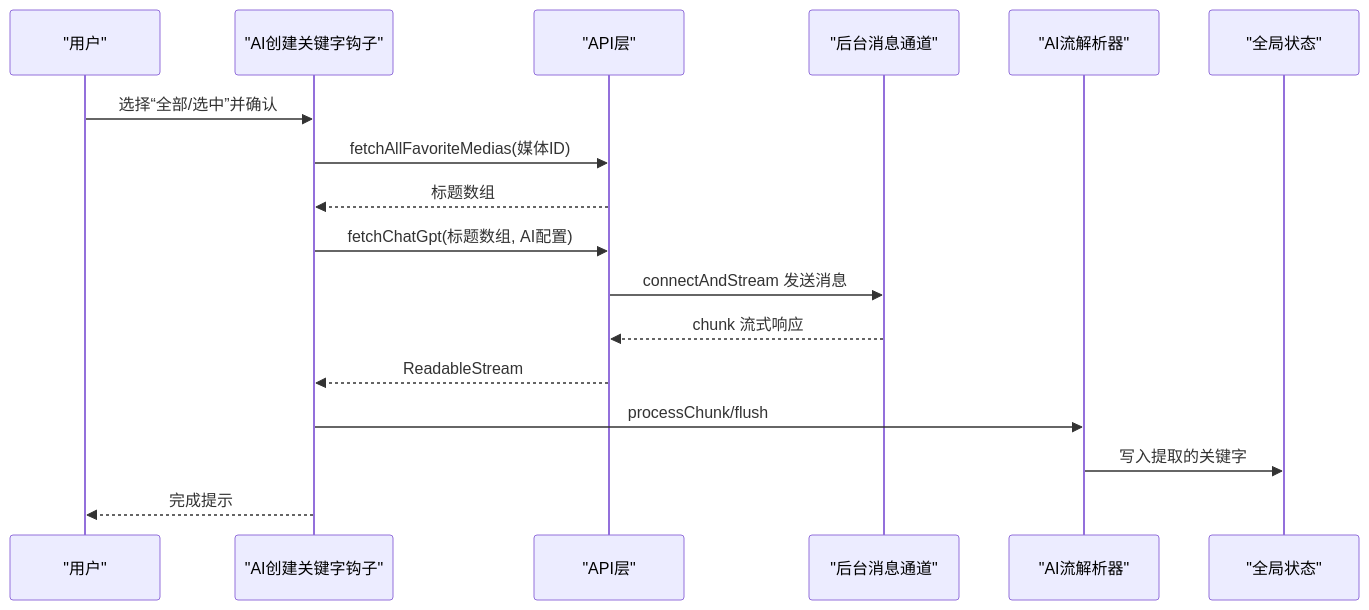
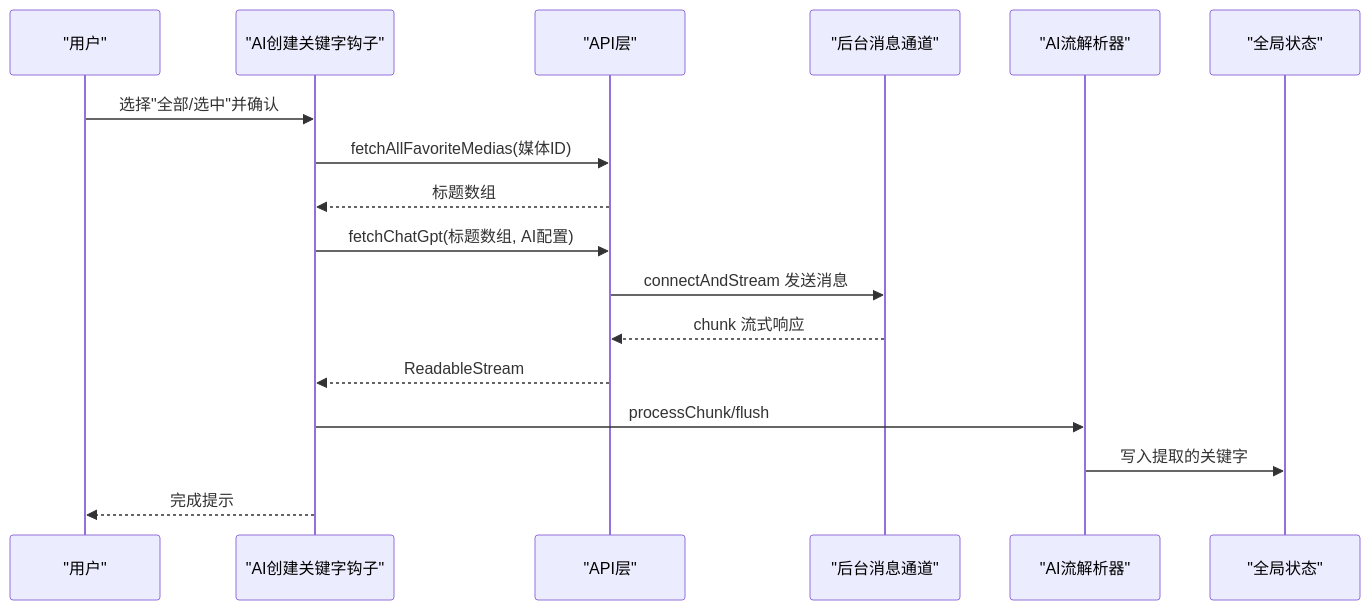
One commit to RadiumAg/bilibili-favorites changed the sixth of 8 diagrams in .qoder/repowiki/zh/content/核心功能模块/核心功能模块.md. Above: the diagram before and after it, drawn with Mermaid. The commit also changed other lines of this file and 5 other files, not shown here.

````diff
--- a/.qoder/repowiki/zh/content/核心功能模块/核心功能模块.md
+++ b/.qoder/repowiki/zh/content/核心功能模块/核心功能模块.md
@@ -222,19 +309,19 @@
 ```mermaid
 sequenceDiagram
 participant U as "用户"
 participant HK as "AI创建关键字钩子"
 participant API as "API层"
 participant BG as "后台消息通道"
 participant Parser as "AI流解析器"
 participant Store as "全局状态"
-U->>HK : 选择“全部/选中”并确认
+U->>HK : 选择"全部/选中"并确认
 HK->>API : fetchAllFavoriteMedias(媒体ID)
 API-->>HK : 标题数组
 HK->>API : fetchChatGpt(标题数组, AI配置)
 API->>BG : connectAndStream 发送消息
 BG-->>API : chunk 流式响应
 API-->>HK : ReadableStream
 HK->>Parser : processChunk/flush
 Parser->>Store : 写入提取的关键字
 HK-->>U : 完成提示
 ```
````
